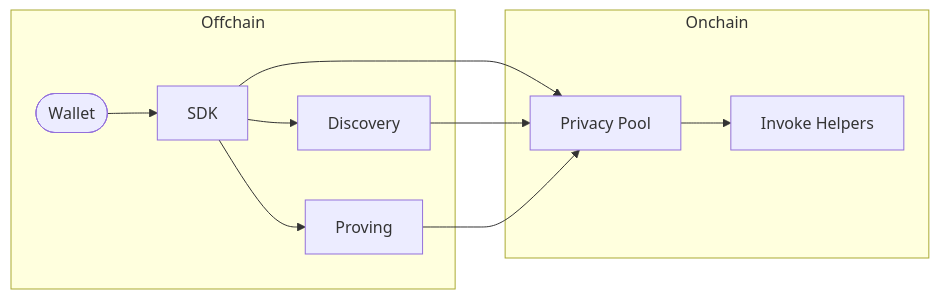
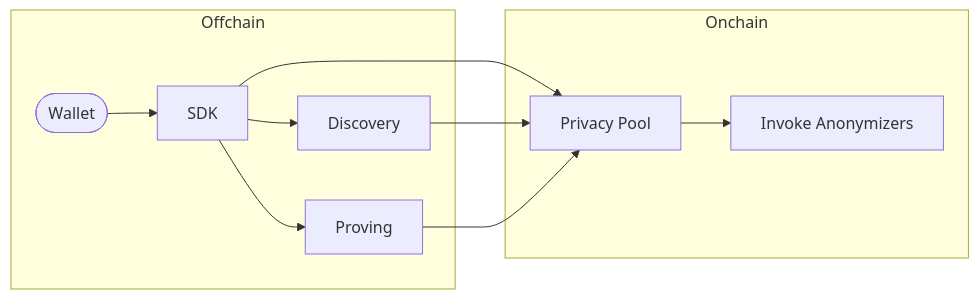
One commit to starkware-libs/starknet-privacy changed the diagram in README.md. Above: the diagram before and after it, drawn with Mermaid. The commit also changed other lines of this file and 51 other files, not shown here.

````diff
--- a/README.md
+++ b/README.md
@@ -11,22 +11,22 @@
 ```mermaid
 graph LR
     subgraph Offchain
         Wallet([Wallet])
         SDK[SDK]
         Discovery[Discovery]
         Proving[Proving]
     end
 
     subgraph Onchain
         Contract[Privacy Pool]
-        Helpers[Invoke Helpers]
+        Anonymizers[Invoke Anonymizers]
     end
 
     Wallet --> SDK
     SDK --> Discovery
     SDK --> Proving
     SDK --> Contract
     Discovery --> Contract
     Proving --> Contract
-    Contract --> Helpers
+    Contract --> Anonymizers
 ```
````
